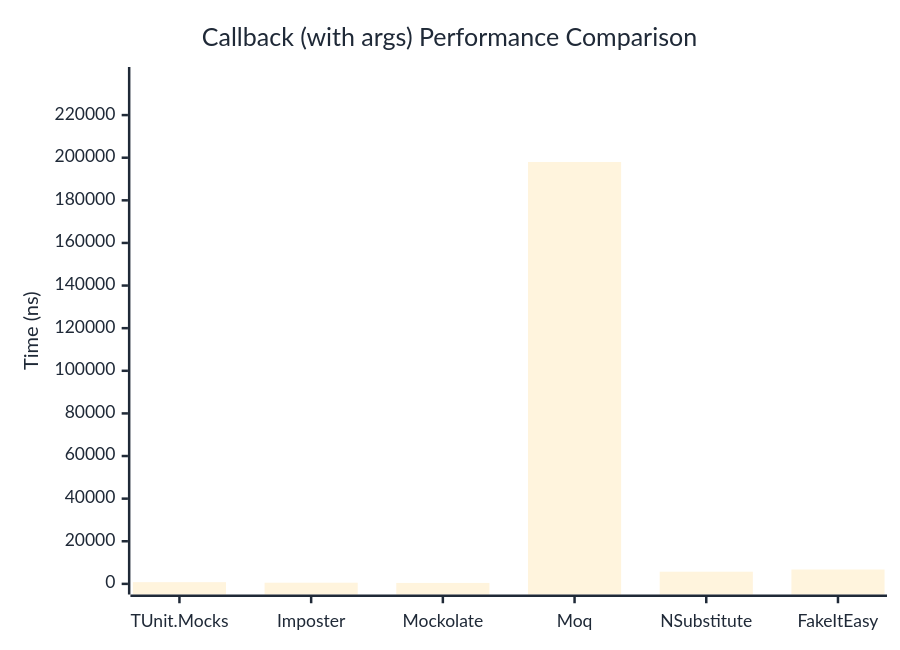
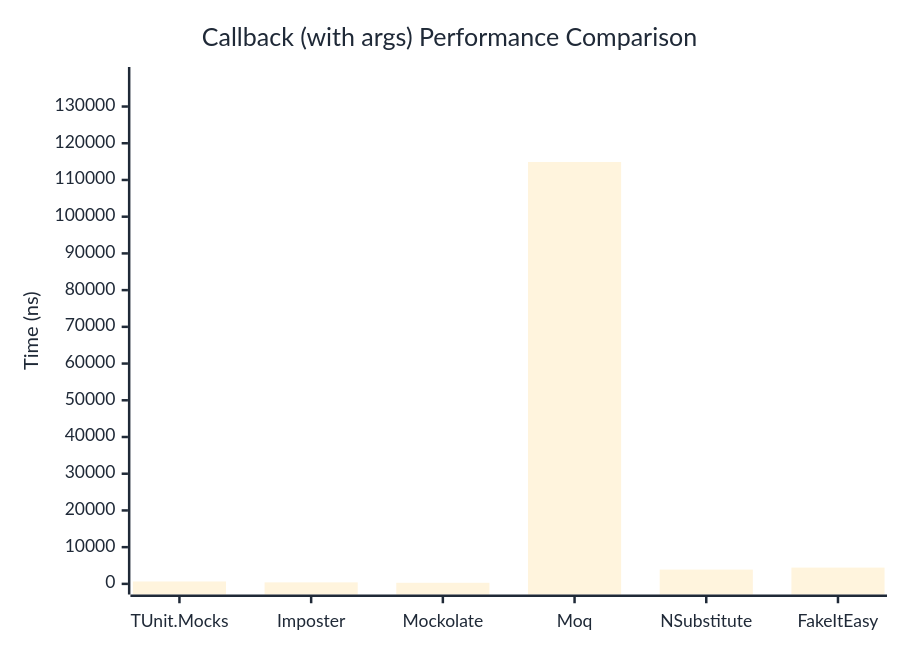
Before and after one commit to thomhurst/TUnit: the second of 2 diagrams in docs/docs/benchmarks/mocks/Callback.md, drawn with Mermaid. The commit also changed other lines of this file and 14 other files, not shown here.

````diff
--- a/docs/docs/benchmarks/mocks/Callback.md
+++ b/docs/docs/benchmarks/mocks/Callback.md
@@ -71,27 +71,27 @@
 ```mermaid
 %%{init: {
   'theme':'base',
   'themeVariables': {
     'primaryColor': '#2563eb',
     'primaryTextColor': '#1f2937',
     'primaryBorderColor': '#1e40af',
     'lineColor': '#6b7280',
     'secondaryColor': '#7c3aed',
     'tertiaryColor': '#dc2626',
     'background': '#ffffff',
     'pie1': '#2563eb',
     'pie2': '#7c3aed',
     'pie3': '#dc2626',
     'pie4': '#f59e0b',
     'pie5': '#10b981',
     'pie6': '#06b6d4',
     'pie7': '#ec4899',
     'pie8': '#6366f1'
   }
 }}%%
 xychart-beta
   title "Callback (with args) Performance Comparison"
   x-axis ["TUnit.Mocks", "Imposter", "Mockolate", "Moq", "NSubstitute", "FakeItEasy"]
-  y-axis "Time (ns)" 0 --> 237583
-  bar [807.5, 547.1, 444.7, 197985.6, 5714.8, 6744.8]
+  y-axis "Time (ns)" 0 --> 137871
+  bar [654.8, 414.7, 299.3, 114892.1, 3886.7, 4433.2]
 ```
````
